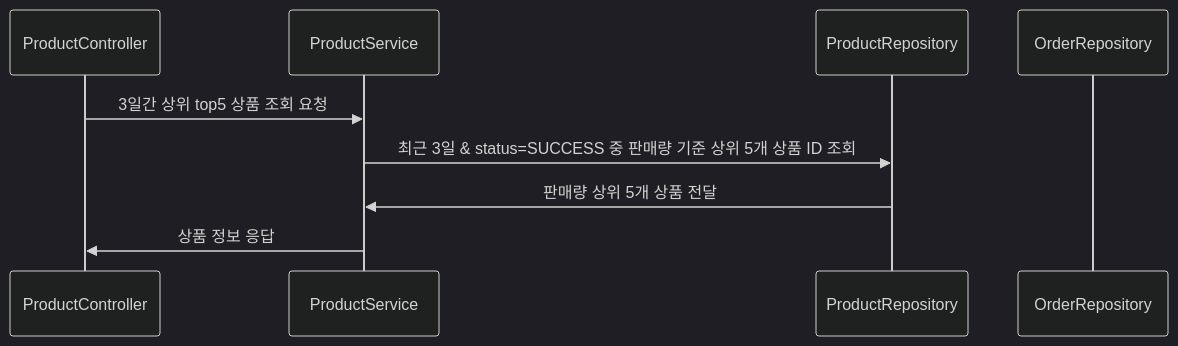
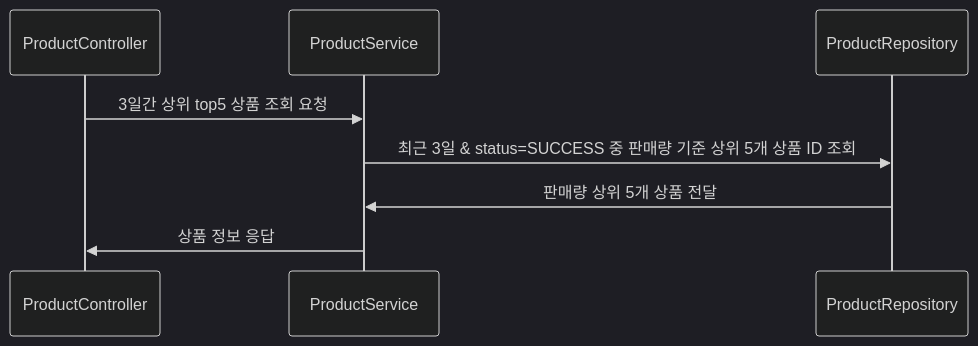
The diagram in docs/sequence_diagram/product/product-top5.mmd (Maker-H/99-shopping), drawn with Mermaid (dark theme) before and after one commit. The commit also changed 1 other file, not shown here.

Commit message:
문서: 다이어그램 readme 추가

```diff
--- a/docs/sequence_diagram/product/product-top5.mmd
+++ b/docs/sequence_diagram/product/product-top5.mmd
@@ -1,13 +1,12 @@
 sequenceDiagram
     participant ProductController
     participant ProductService
     participant ProductRepository
-    participant OrderRepository
 
     ProductController->>ProductService: 3일간 상위 top5 상품 조회 요청
 
     ProductService->>ProductRepository: 최근 3일 & status=SUCCESS 중 판매량 기준 상위 5개 상품 ID 조회
 
     ProductRepository->>ProductService: 판매량 상위 5개 상품 전달
 
     ProductService->>ProductController: 상품 정보 응답
```
